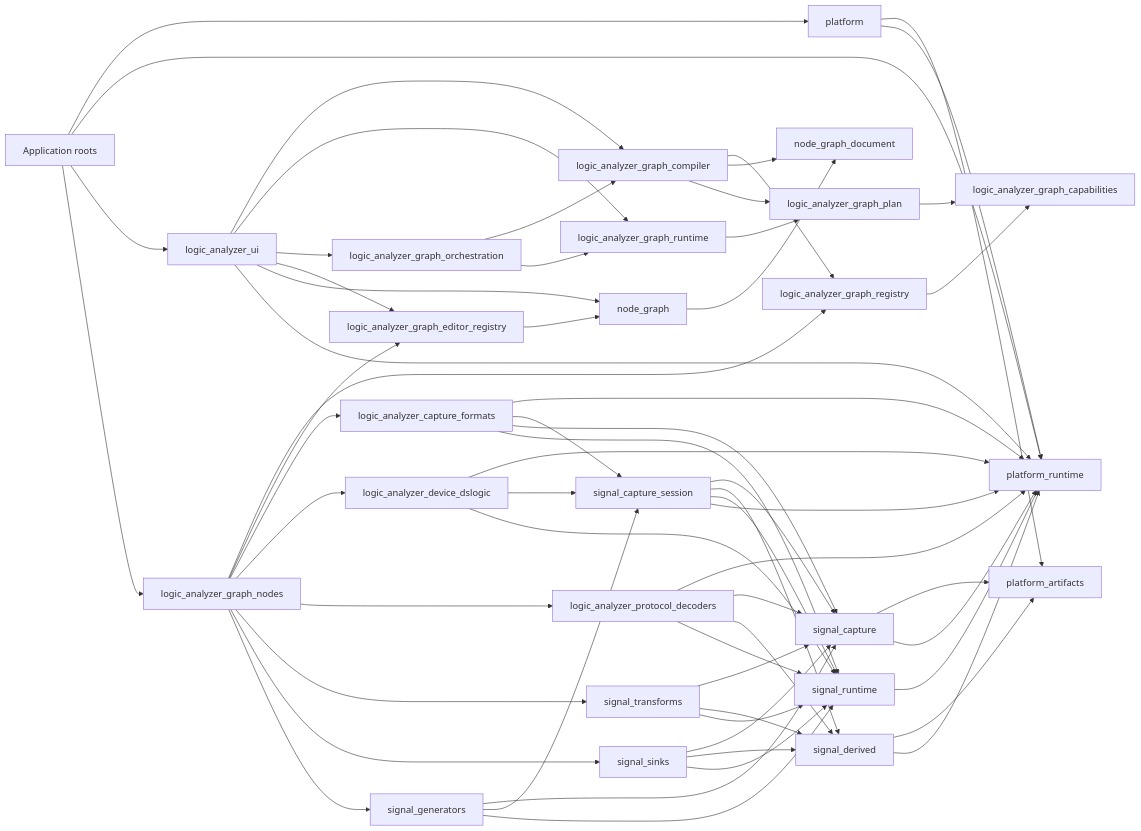
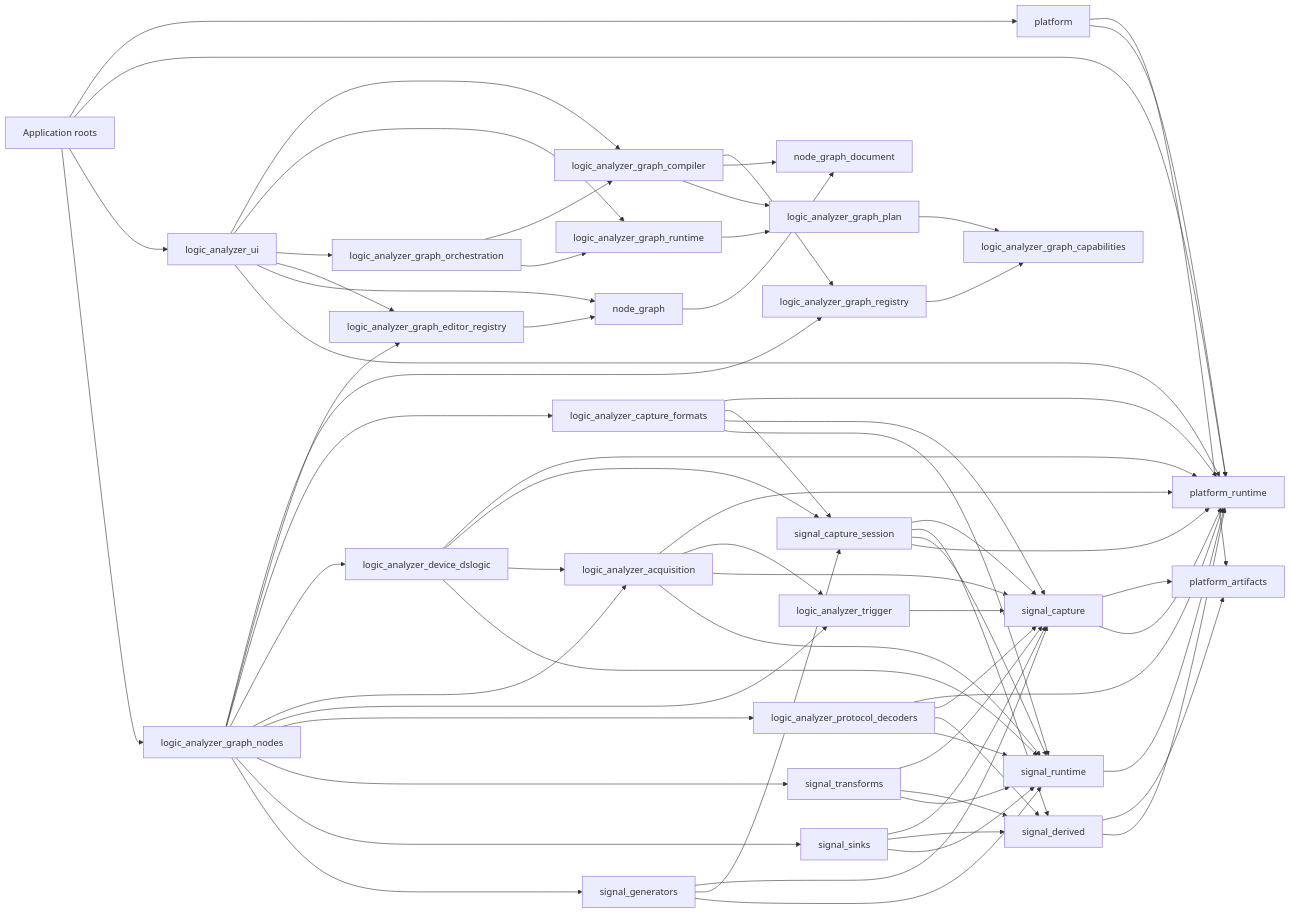
Before and after one commit to rcaelers/dsl: the first of 2 diagrams in docs/architecture/crate_responsibility.md, drawn with Mermaid. The commit also changed other lines of this file and 94 other files, not shown here.

Commit message:
refactor(session): relocate logic-analyzer domain contracts

````diff
--- a/docs/architecture/crate_responsibility.md
+++ b/docs/architecture/crate_responsibility.md
@@ -286,62 +298,70 @@
 ```mermaid
 flowchart LR
     Apps[Application roots] --> Platform[platform]
     Apps --> HostRuntime[platform_runtime]
     Apps --> UI[logic_analyzer_ui]
     Apps --> Nodes[logic_analyzer_graph_nodes]
     Platform --> Artifacts[platform_artifacts]
     Platform --> HostRuntime
     UI --> Compiler[logic_analyzer_graph_compiler]
     UI --> Runtime[logic_analyzer_graph_runtime]
     UI --> Orchestration[logic_analyzer_graph_orchestration]
     UI --> EditorRegistry[logic_analyzer_graph_editor_registry]
     UI --> Editor[node_graph]
     UI --> HostRuntime
     Orchestration --> Compiler
     Orchestration --> Runtime
     Compiler --> Registry[logic_analyzer_graph_registry]
     Compiler --> Document[node_graph_document]
     Compiler --> Plan[logic_analyzer_graph_plan]
     Runtime --> Plan
     Registry --> Capabilities[logic_analyzer_graph_capabilities]
     Plan --> Capabilities
     Nodes --> Registry
     Nodes --> EditorRegistry
     EditorRegistry --> Editor
     Editor --> Document
     Nodes --> Formats[logic_analyzer_capture_formats]
     Nodes --> Device[logic_analyzer_device_dslogic]
+    Nodes --> Acquisition[logic_analyzer_acquisition]
+    Nodes --> Trigger[logic_analyzer_trigger]
     Nodes --> Decoders[logic_analyzer_protocol_decoders]
     Nodes --> Transforms[signal_transforms]
     Nodes --> Sinks[signal_sinks]
     Nodes --> Generators[signal_generators]
     Formats --> HostRuntime
     Formats --> Session[signal_capture_session]
     Formats --> Capture[signal_capture]
     Device --> HostRuntime
     Device --> Session
+    Device --> Acquisition
+    Acquisition --> HostRuntime
+    Acquisition --> Trigger
+    Acquisition --> Capture
+    Acquisition --> Stream[signal_runtime]
+    Trigger --> Capture
     Decoders --> HostRuntime
     Decoders --> Capture
     Decoders --> Derived[signal_derived]
     Transforms --> Capture
     Transforms --> Derived
     Sinks --> Capture
     Sinks --> Derived
     Generators --> Capture
     Generators --> Session
-    Formats --> Stream[signal_runtime]
+    Formats --> Stream
     Device --> Stream
     Decoders --> Stream
     Transforms --> Stream
     Sinks --> Stream
     Generators --> Stream
     Stream --> HostRuntime
     Session --> Capture
     Session --> Derived
     Session --> Stream
     Session --> HostRuntime
     Capture --> Artifacts
     Capture --> HostRuntime
     Derived --> Artifacts
     Derived --> HostRuntime
 ```
````
